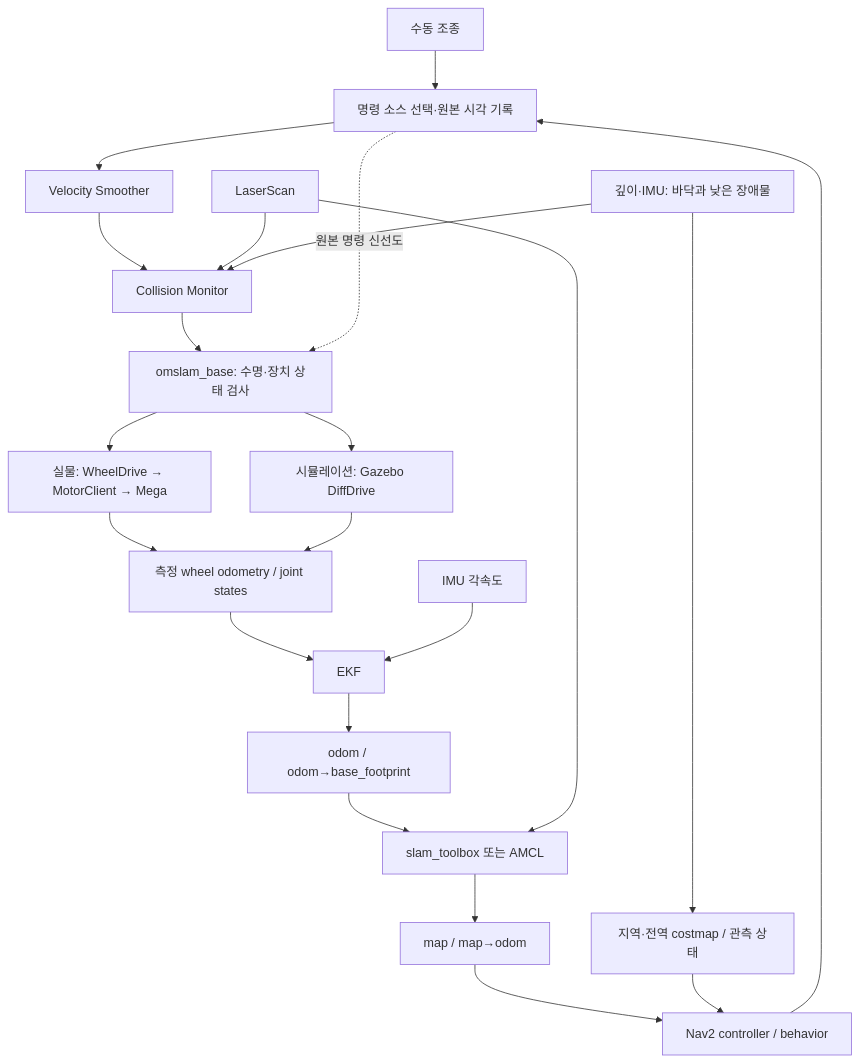
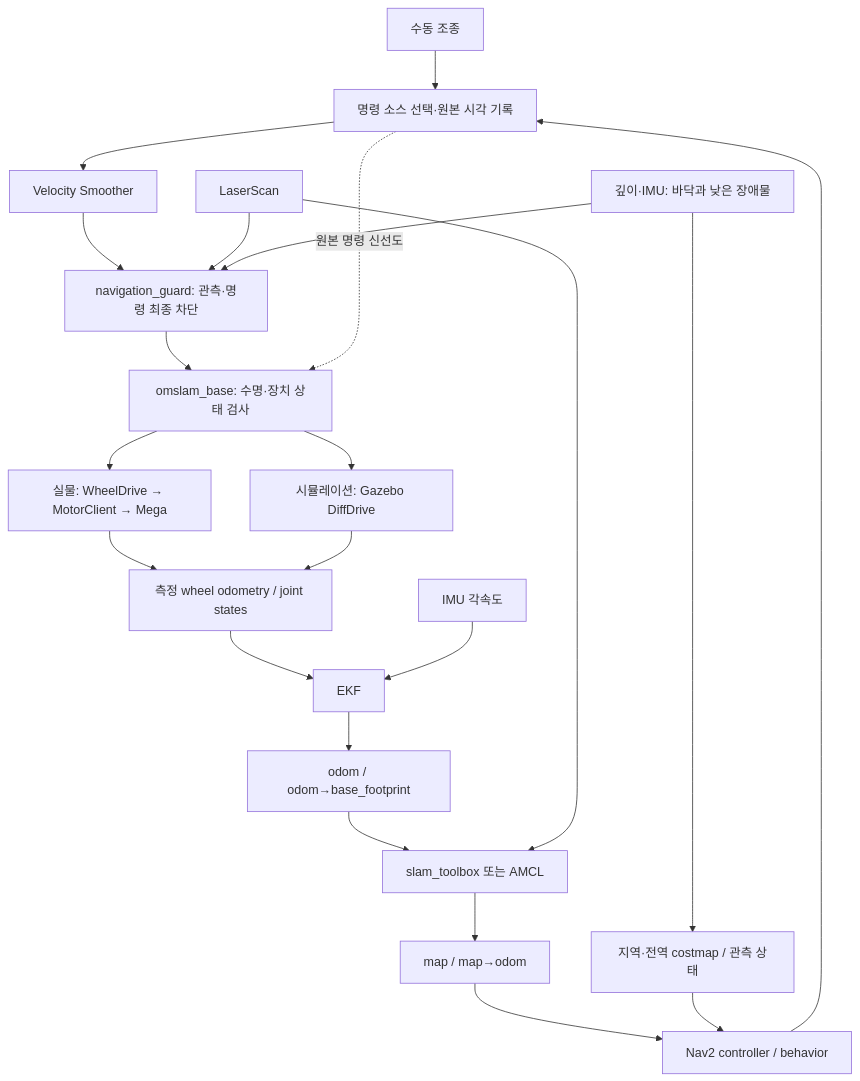
One commit to Leehyunbin0131/Oh-My-SLAM changed the first of 2 diagrams in docs/architecture.md. Above: the diagram before and after it, drawn with Mermaid. The commit also changed other lines of this file and 11 other files, not shown here.

Commit message:
Align docs with stock Smac, navigation_guard, and 3-70 RPM profile

````diff
--- a/docs/architecture.md
+++ b/docs/architecture.md
@@ -24,24 +24,24 @@
 ```mermaid
 flowchart TD
     T[수동 조종] --> S[명령 소스 선택·원본 시각 기록]
     N[Nav2 controller / behavior] --> S
     S --> V[Velocity Smoother]
-    V --> C[Collision Monitor]
-    C --> B[omslam_base: 수명·장치 상태 검사]
+    V --> F[navigation_guard: 관측·명령 최종 차단]
+    F --> B[omslam_base: 수명·장치 상태 검사]
     S -. 원본 명령 신선도 .-> B
     B --> H[실물: WheelDrive → MotorClient → Mega]
     B --> G[시뮬레이션: Gazebo DiffDrive]
     H --> W[측정 wheel odometry / joint states]
     G --> W
     W --> E[EKF]
     I[IMU 각속도] --> E
     E --> O[odom / odom→base_footprint]
     O --> L[slam_toolbox 또는 AMCL]
     R[LaserScan] --> L
     L --> M[map / map→odom]
     M --> N
     D[깊이·IMU: 바닥과 낮은 장애물] --> K[지역·전역 costmap / 관측 상태]
     K --> N
-    R --> C
-    D --> C
+    R --> F
+    D --> F
 ```
````
